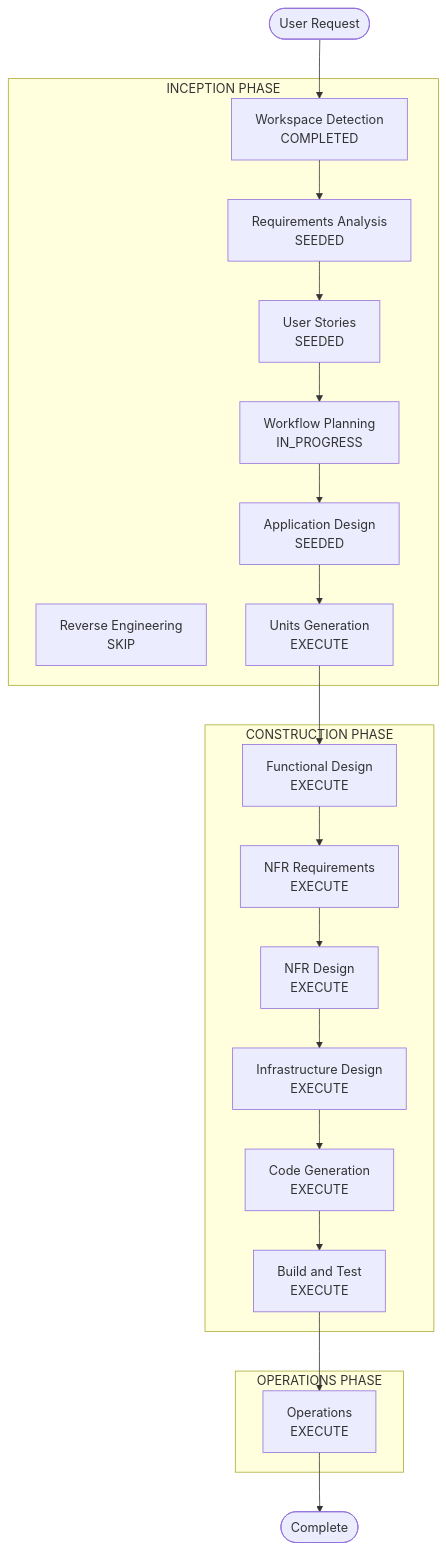
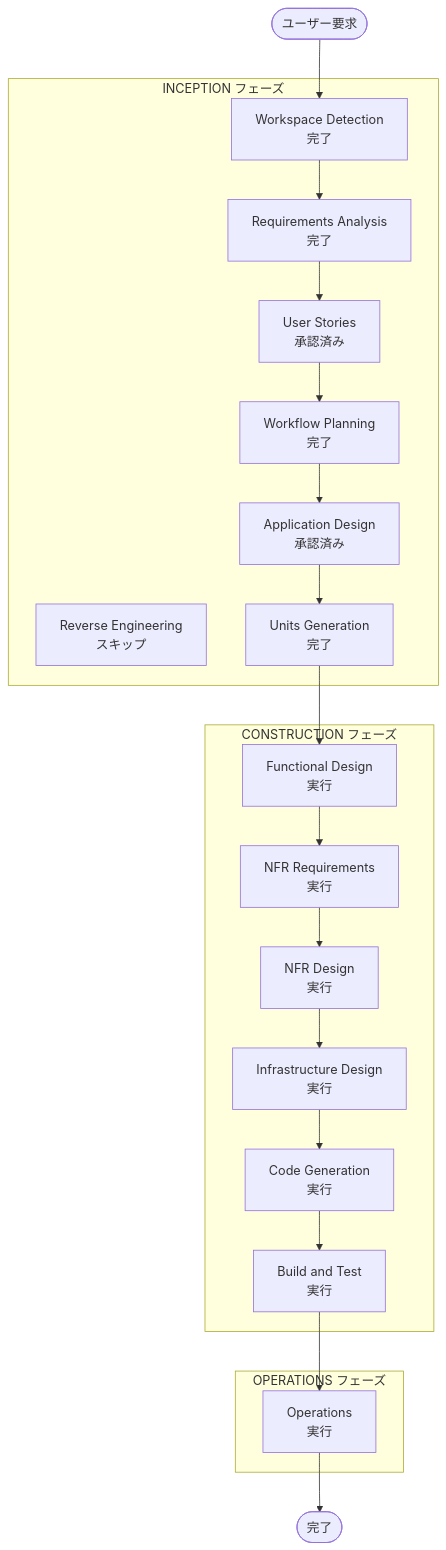
One commit to satoshi-maemoto/nakanaori-agent changed the diagram in aidlc-docs/inception/plans/execution-plan.md. Above: the diagram before and after it, drawn with Mermaid. The commit also changed other lines of this file and 27 other files, not shown here.

First line of the commit message:
Complete Inception phase and localize project docs to Japanese

````diff
--- a/aidlc-docs/inception/plans/execution-plan.md
+++ b/aidlc-docs/inception/plans/execution-plan.md
@@ -26,42 +26,42 @@
 ```mermaid
 flowchart TD
-    Start(["User Request"])
+    Start(["ユーザー要求"])
 
-    subgraph INCEPTION["INCEPTION PHASE"]
-        WD["Workspace Detection<br/>COMPLETED"]
-        RE["Reverse Engineering<br/>SKIP"]
-        RA["Requirements Analysis<br/>SEEDED"]
-        US["User Stories<br/>SEEDED"]
-        WP["Workflow Planning<br/>IN_PROGRESS"]
-        AD["Application Design<br/>SEEDED"]
-        UG["Units Generation<br/>EXECUTE"]
+    subgraph INCEPTION["INCEPTION フェーズ"]
+        WD["Workspace Detection<br/>完了"]
+        RE["Reverse Engineering<br/>スキップ"]
+        RA["Requirements Analysis<br/>完了"]
+        US["User Stories<br/>承認済み"]
+        WP["Workflow Planning<br/>完了"]
+        AD["Application Design<br/>承認済み"]
+        UG["Units Generation<br/>完了"]
     end
 
-    subgraph CONSTRUCTION["CONSTRUCTION PHASE"]
-        FD["Functional Design<br/>EXECUTE"]
-        NFRA["NFR Requirements<br/>EXECUTE"]
-        NFRD["NFR Design<br/>EXECUTE"]
-        ID["Infrastructure Design<br/>EXECUTE"]
-        CG["Code Generation<br/>EXECUTE"]
-        BT["Build and Test<br/>EXECUTE"]
+    subgraph CONSTRUCTION["CONSTRUCTION フェーズ"]
+        FD["Functional Design<br/>実行"]
+        NFRA["NFR Requirements<br/>実行"]
+        NFRD["NFR Design<br/>実行"]
+        ID["Infrastructure Design<br/>実行"]
+        CG["Code Generation<br/>実行"]
+        BT["Build and Test<br/>実行"]
     end
 
-    subgraph OPERATIONS["OPERATIONS PHASE"]
-        OPS["Operations<br/>EXECUTE"]
+    subgraph OPERATIONS["OPERATIONS フェーズ"]
+        OPS["Operations<br/>実行"]
     end
 
     Start --> WD
     WD --> RA
     RA --> US
     US --> WP
     WP --> AD
     AD --> UG
     UG --> FD
     FD --> NFRA
     NFRA --> NFRD
     NFRD --> ID
     ID --> CG
     CG --> BT
     BT --> OPS
-    OPS --> EndNode(["Complete"])
+    OPS --> EndNode(["完了"])
 ```
````
